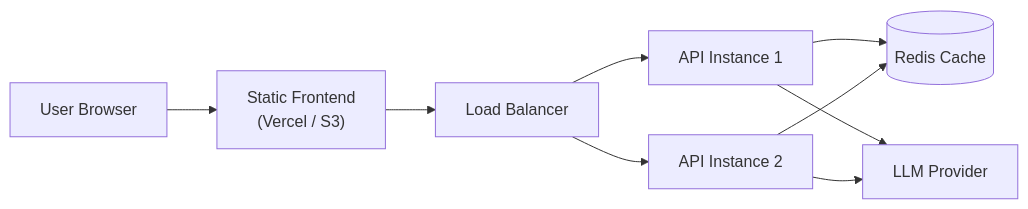
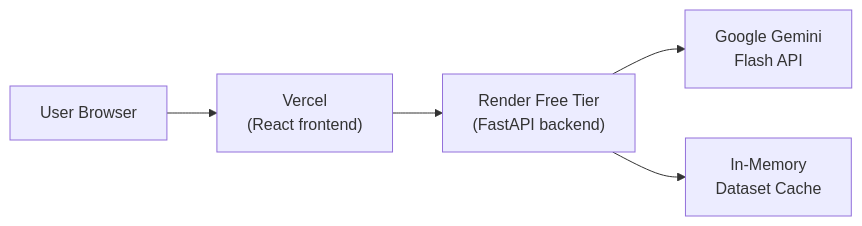
One commit to Omarmahmood11/vibecodingsideprojects changed the fourth of 4 diagrams in docs/Architecture.md. Above: the diagram before and after it, drawn with Mermaid. The commit also changed other lines of this file and 1 other file, not shown here.

Commit message:
docs: update Architecture.md and ImplementationPlan.md to reflect actual stack (Gemini, React, Vercel+Render)

````diff
--- a/docs/Architecture.md
+++ b/docs/Architecture.md
@@ -470,11 +485,7 @@
 ```mermaid
 flowchart LR
-    User["User Browser"] --> CDN["Static Frontend\n(Vercel / S3)"]
-    CDN --> LB["Load Balancer"]
-    LB --> API1["API Instance 1"]
-    LB --> API2["API Instance 2"]
-    API1 --> Redis[("Redis Cache")]
-    API2 --> Redis
-    API1 --> LLM["LLM Provider"]
-    API2 --> LLM
+    User["User Browser"] --> Vercel["Vercel\n(React frontend)"]
+    Vercel --> Render["Render Free Tier\n(FastAPI backend)"]
+    Render --> Gemini["Google Gemini\nFlash API"]
+    Render --> Data["In-Memory\nDataset Cache"]
 ```
````
